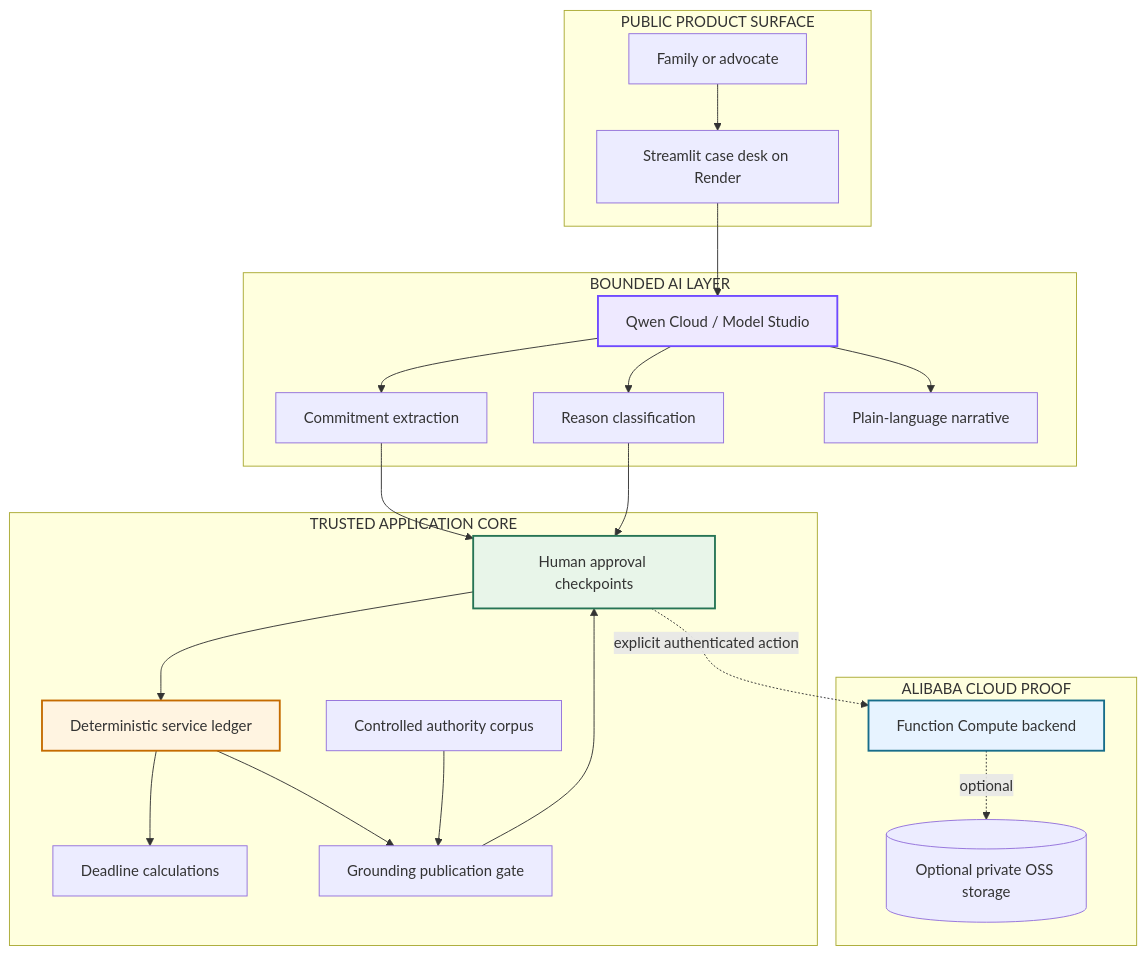
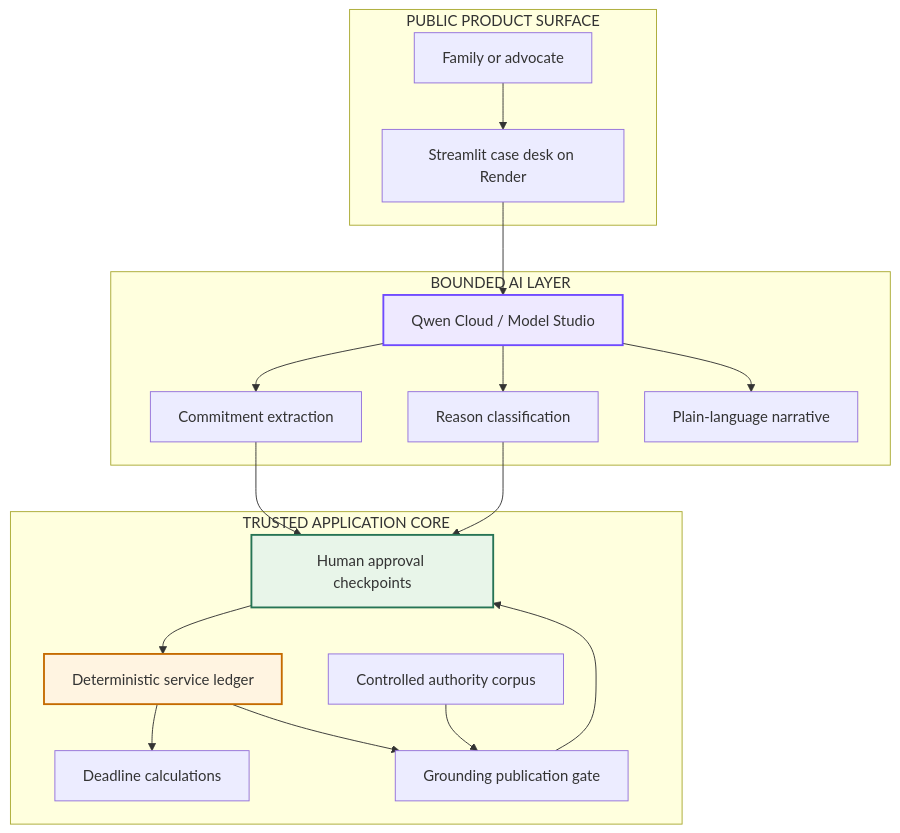
Before and after one commit to ankitlade12/due-process-iep-agent: the second of 2 diagrams in README.md, drawn with Mermaid. The commit also changed other lines of this file and 31 other files, not shown here.

````diff
--- a/README.md
+++ b/README.md
@@ -95,47 +91,38 @@
 ```mermaid
 graph TB
     subgraph "PUBLIC PRODUCT SURFACE"
         USER[Family or advocate]
         UI[Streamlit case desk on Render]
     end
 
     subgraph "BOUNDED AI LAYER"
         QWEN[Qwen Cloud / Model Studio]
         EXTRACT[Commitment extraction]
         CLASSIFY[Reason classification]
         NARRATIVE[Plain-language narrative]
     end
 
     subgraph "TRUSTED APPLICATION CORE"
         LEDGER[Deterministic service ledger]
         DEADLINES[Deadline calculations]
         CORPUS[Controlled authority corpus]
         GROUND[Grounding publication gate]
         APPROVAL[Human approval checkpoints]
     end
 
-    subgraph "ALIBABA CLOUD PROOF"
-        FC[Function Compute backend]
-        OSS[(Optional private OSS storage)]
-    end
-
     USER --> UI
     UI --> QWEN
     QWEN --> EXTRACT
     QWEN --> CLASSIFY
     QWEN --> NARRATIVE
     EXTRACT --> APPROVAL
     CLASSIFY --> APPROVAL
     APPROVAL --> LEDGER
     LEDGER --> DEADLINES
     LEDGER --> GROUND
     CORPUS --> GROUND
     GROUND --> APPROVAL
-    APPROVAL -. explicit authenticated action .-> FC
-    FC -. optional .-> OSS
-
     style QWEN fill:#eee9ff,stroke:#6f4aff,stroke-width:2px
     style LEDGER fill:#fff4e1,stroke:#c56b00,stroke-width:2px
     style APPROVAL fill:#e8f5e9,stroke:#267455,stroke-width:2px
-    style FC fill:#e7f3ff,stroke:#176d8a,stroke-width:2px
 ```
````
